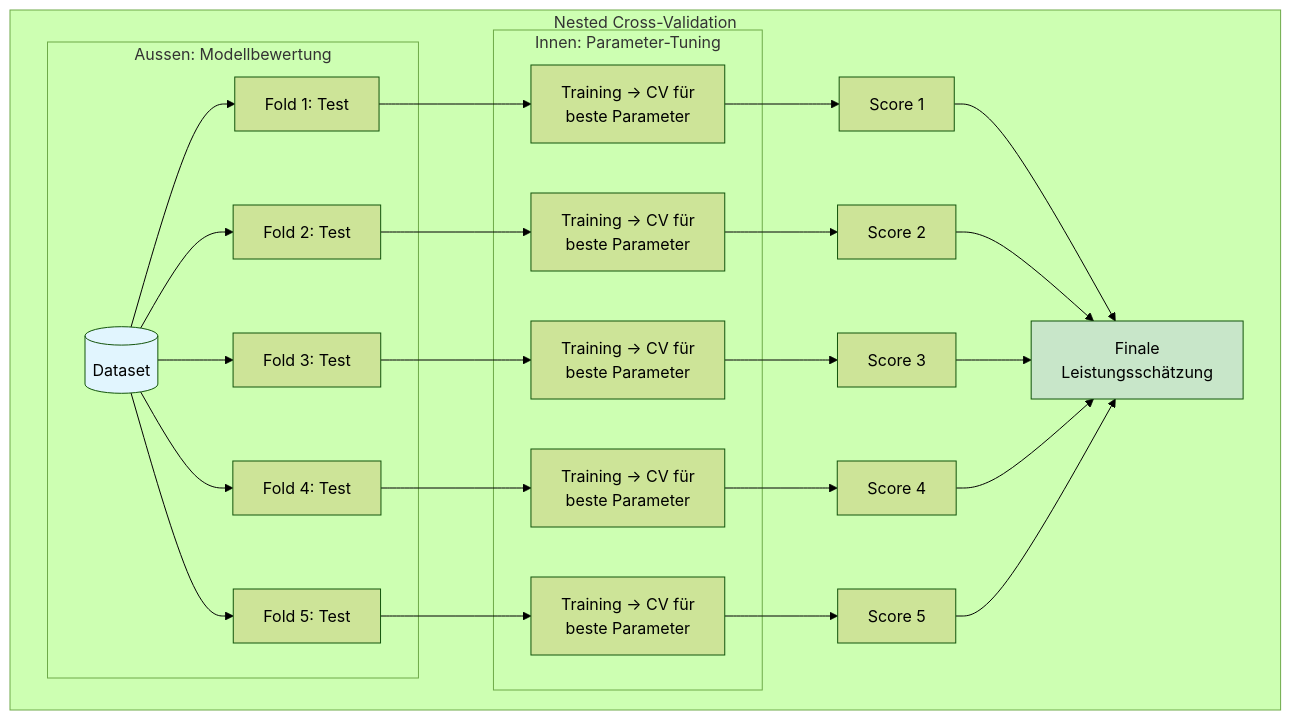
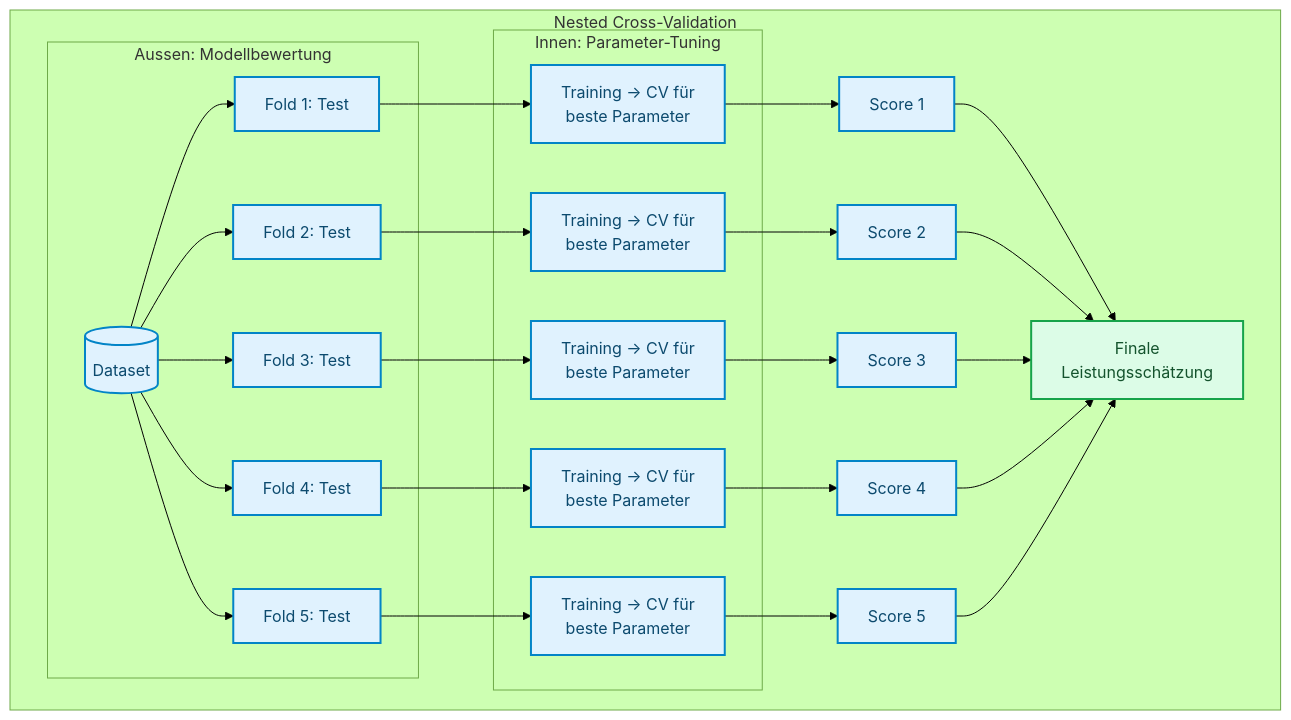
Before and after one commit to ralf-42/ML_Intro: the sixth of 9 diagrams in docs/concepts/evaluate/cross_validation.md, drawn with Mermaid (forest theme). The commit also changed other lines of this file and 67 other files, not shown here.

````diff
--- a/docs/concepts/evaluate/cross_validation.md
+++ b/docs/concepts/evaluate/cross_validation.md
@@ -408,35 +404,36 @@
 ```mermaid
 flowchart TB
     subgraph nested["Nested Cross-Validation"]
         subgraph outer["Aussen: Modellbewertung"]
             D[("Dataset")] --> O1["Fold 1: Test"]
             D --> O2["Fold 2: Test"]
             D --> O3["Fold 3: Test"]
             D --> O4["Fold 4: Test"]
             D --> O5["Fold 5: Test"]
         end
         
         subgraph inner["Innen: Parameter-Tuning"]
             O1 --> I1["Training → CV für<br/>beste Parameter"]
             O2 --> I2["Training → CV für<br/>beste Parameter"]
             O3 --> I3["Training → CV für<br/>beste Parameter"]
             O4 --> I4["Training → CV für<br/>beste Parameter"]
             O5 --> I5["Training → CV für<br/>beste Parameter"]
         end
         
         I1 --> S1["Score 1"]
         I2 --> S2["Score 2"]
         I3 --> S3["Score 3"]
         I4 --> S4["Score 4"]
         I5 --> S5["Score 5"]
         
         S1 --> R["Finale<br/>Leistungsschätzung"]
         S2 --> R
         S3 --> R
         S4 --> R
         S5 --> R
     end
-    
-    style D fill:#e1f5fe
-    style R fill:#c8e6c9
+
+    classDef default fill:#e0f2fe,stroke:#0284c7,stroke-width:2px,color:#0c4a6e;
+    classDef output fill:#dcfce7,stroke:#16a34a,stroke-width:2px,color:#14532d;
+    class R output;
 ```
````
